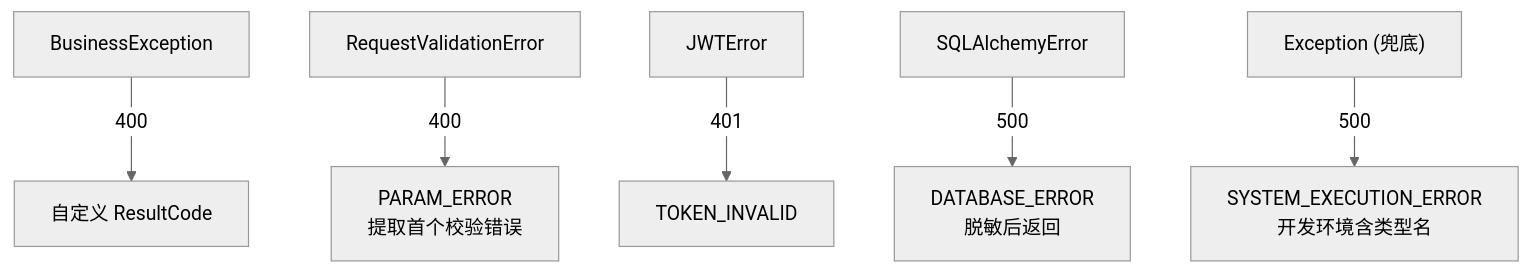
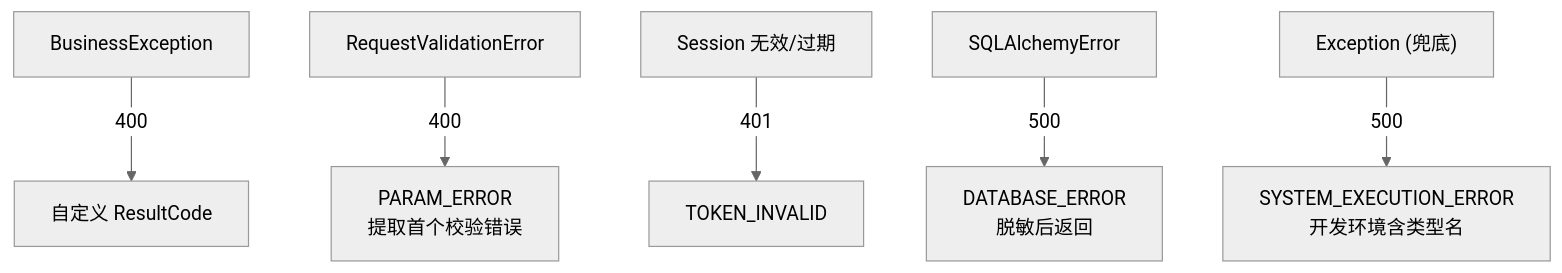
Diagram 14 of 15 in dehaze-doc/docs/04-项目实现/后端/03-Python算法服务架构文档.md (earthy-zinc/dehaze-system), drawn with Mermaid (neutral theme) before and after one commit. The commit also changed other lines of this file and 10 other files, not shown here.

````diff
--- a/dehaze-doc/docs/04-项目实现/后端/03-Python算法服务架构文档.md
+++ b/dehaze-doc/docs/04-项目实现/后端/03-Python算法服务架构文档.md
@@ -1402,8 +1393,8 @@
 ```mermaid
 flowchart TB
     E1["BusinessException"] -->|400| R1["自定义 ResultCode"]
     E2["RequestValidationError"] -->|400| R2["PARAM_ERROR<br/>提取首个校验错误"]
-    E3["JWTError"] -->|401| R3["TOKEN_INVALID"]
+    E3["Session 无效/过期"] -->|401| R3["TOKEN_INVALID"]
     E4["SQLAlchemyError"] -->|500| R4["DATABASE_ERROR<br/>脱敏后返回"]
     E5["Exception (兜底)"] -->|500| R5["SYSTEM_EXECUTION_ERROR<br/>开发环境含类型名"]
 ```
````
